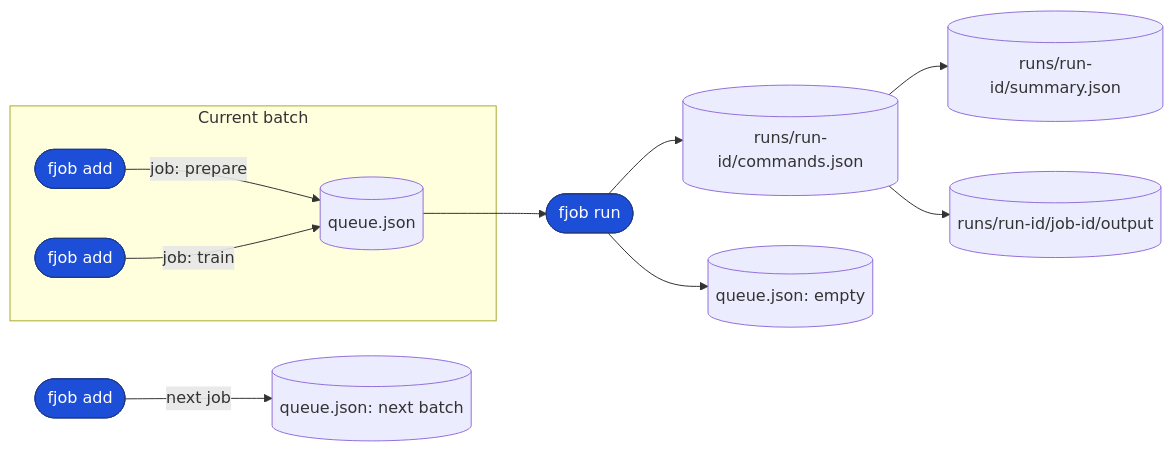
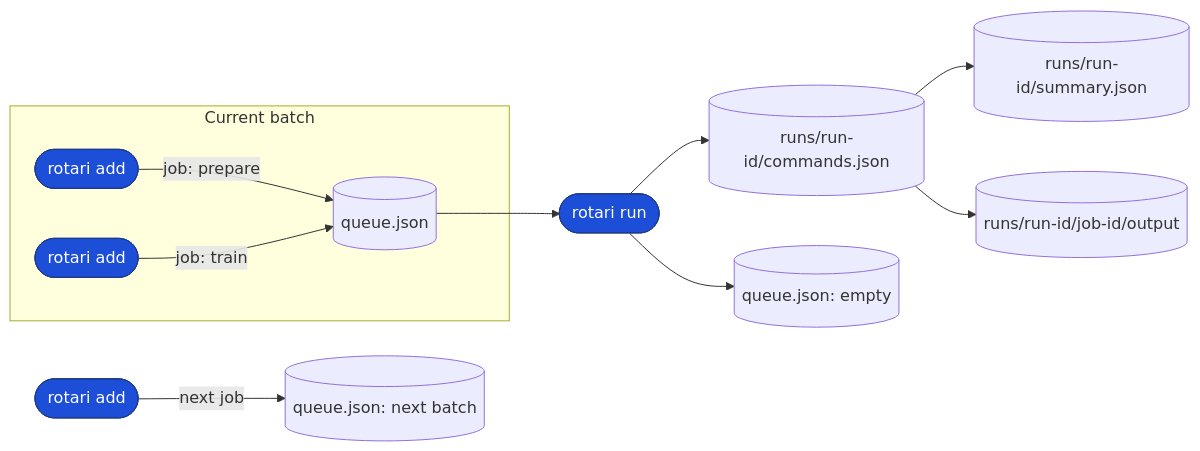
The first of 2 diagrams in README.md (kamo-naoyuki/fjob), drawn with Mermaid before and after one commit. The commit also changed other lines of this file and 431 other files, not shown here.

Commit message:
rename fjob to rotari

````diff
--- a/README.md
+++ b/README.md
@@ -192,17 +200,17 @@
 ```mermaid
 flowchart LR
   subgraph current[Current batch]
-    prepare([fjob add]) -->|job: prepare| queue[(queue.json)]
-    train([fjob add]) -->|job: train| queue
+    prepare([rotari add]) -->|job: prepare| queue[(queue.json)]
+    train([rotari add]) -->|job: train| queue
   end
 
-  queue --> start([fjob run])
+  queue --> start([rotari run])
   start --> snapshot[(runs/run-id/commands.json)]
   snapshot --> summary[(runs/run-id/summary.json)]
   snapshot --> output[(runs/run-id/job-id/output)]
   start --> cleared[(queue.json: empty)]
-  next([fjob add]) -->|next job| nextQueue[(queue.json: next batch)]
+  next([rotari add]) -->|next job| nextQueue[(queue.json: next batch)]
 
   classDef command fill:#1d4ed8,stroke:#1e3a8a,color:#ffffff
   class prepare,train,start,next command
 ```
````
